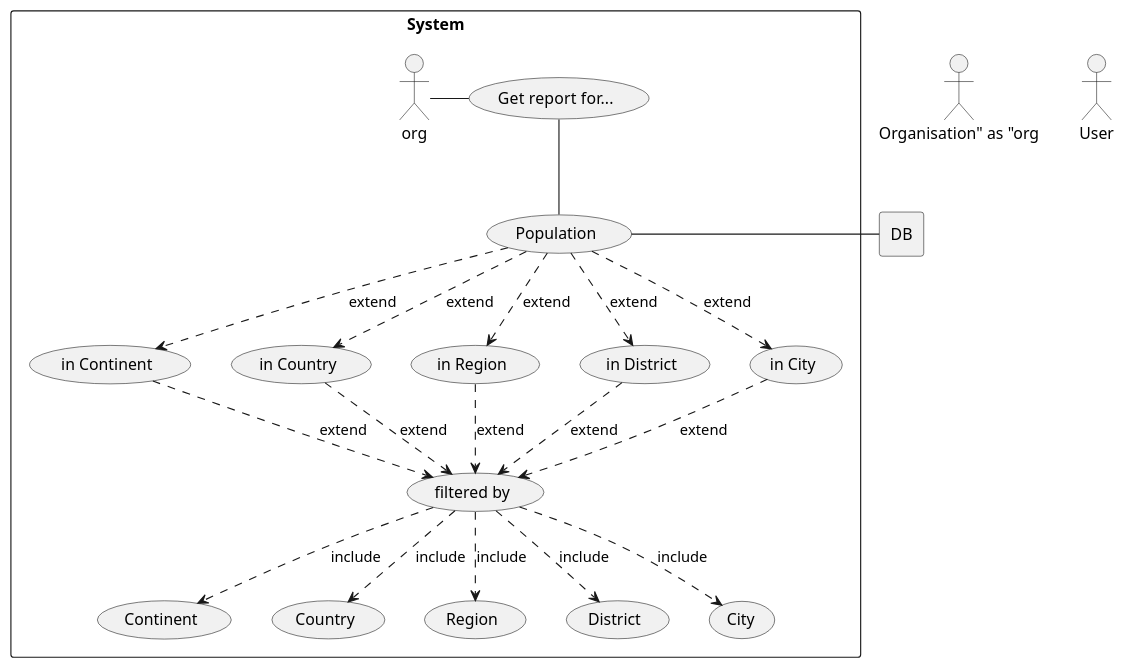
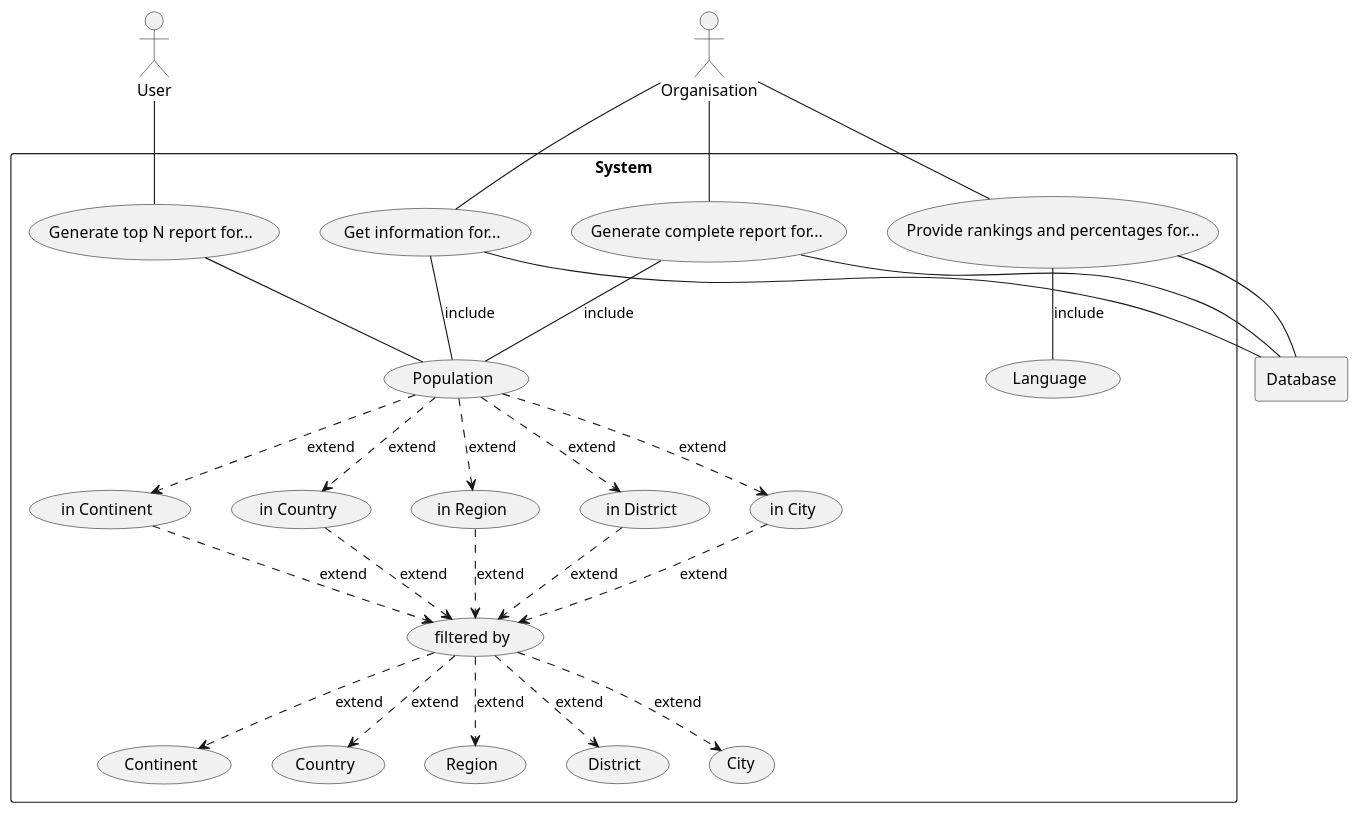
One commit to markusmeresma/SEM-coursework changed the diagram in use-cases/project-use-case-diagram.puml. Above: the diagram before and after it, drawn with PlantUML.

Commit message:
Updated project-use-case-diagram.puml with further use cases linked appropriately

```diff
--- a/use-cases/project-use-case-diagram.puml
+++ b/use-cases/project-use-case-diagram.puml
@@ -1,43 +1,57 @@
 @startuml
 
-actor "Organisation" as "org"
+actor "Organisation" as org
 actor "User"
 
-rectangle DB
+rectangle DB as "Database"
 
 rectangle System{
-    usecase uc_report as "Get report for..."
+    usecase uc_report as "Generate complete report for..."
+    usecase uc_topN as "Generate top N report for..."
+    usecase uc_getInfo as "Get information for..."
+    usecase uc_rp as "Provide rankings and percentages for..."
     usecase uc1 as "Population"
+    usecase uc2 as "Language"
     usecase uc_pc as "in Continent"
     usecase uc_pcn as "in Country"
     usecase uc_pr as "in Region"
     usecase uc_pdt as "in District"
     usecase uc_pct as "in City"
     usecase uc_filter as "filtered by"
     usecase uc_f_c as "Continent"
     usecase uc_f_cn as "Country"
     usecase uc_f_r as "Region"
     usecase uc_f_dt as "District"
     usecase uc_f_ct as "City"
 
-    org - uc_report
-    uc_report -- uc1
-    uc1 - DB
+    org -- uc_report
+    org -- uc_getInfo
+    org -- uc_rp
+
+    uc_report -- uc1 : include
+    uc_getInfo -- uc1 : include
+    uc_rp -- uc2 : include
+    uc_report -- DB
+    uc_getInfo -- DB
+    uc_rp -- DB
+
     uc1 ..> uc_pc : extend
     uc1 ..> uc_pcn : extend
     uc1 ..> uc_pr : extend
     uc1 ..> uc_pdt : extend
     uc1 ..> uc_pct : extend
     uc_pc ..> uc_filter : extend
     uc_pcn ..> uc_filter : extend
     uc_pr ..> uc_filter : extend
     uc_pdt ..> uc_filter : extend
     uc_pct ..> uc_filter : extend
-    uc_filter ..> uc_f_c : include
-    uc_filter ..> uc_f_cn : include
-    uc_filter ..> uc_f_r : include
-    uc_filter ..> uc_f_dt : include
-    uc_filter ..> uc_f_ct: include
+    uc_filter ..> uc_f_c : extend
+    uc_filter ..> uc_f_cn : extend
+    uc_filter ..> uc_f_r : extend
+    uc_filter ..> uc_f_dt : extend
+    uc_filter ..> uc_f_ct: extend
 
+    User -- uc_topN
+    uc_topN -- uc1
     }
 @enduml
```
